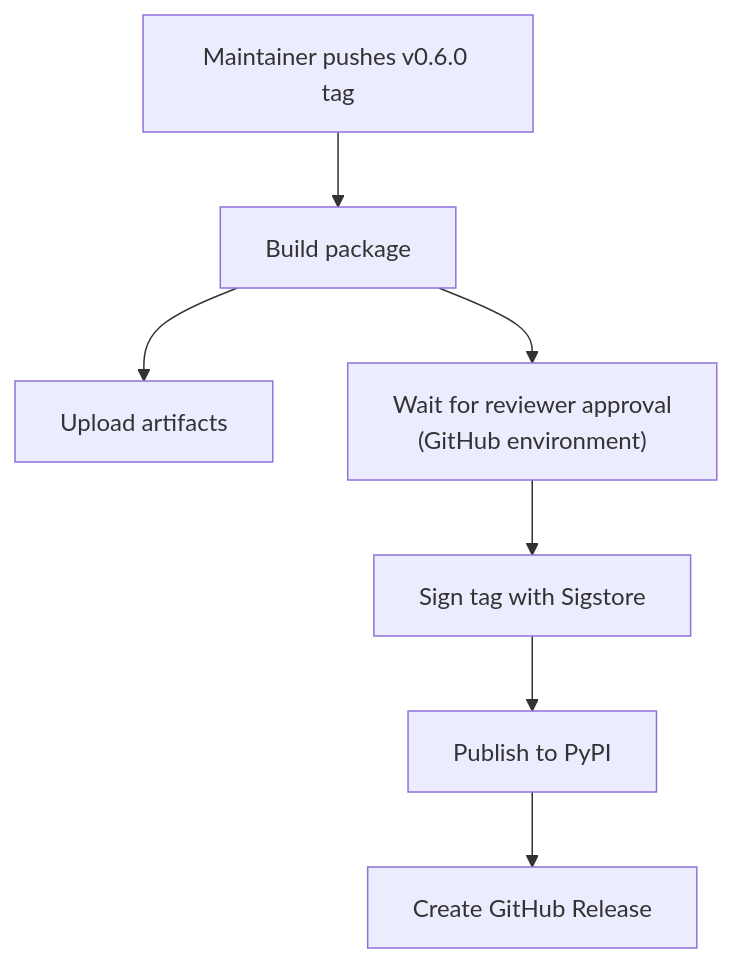
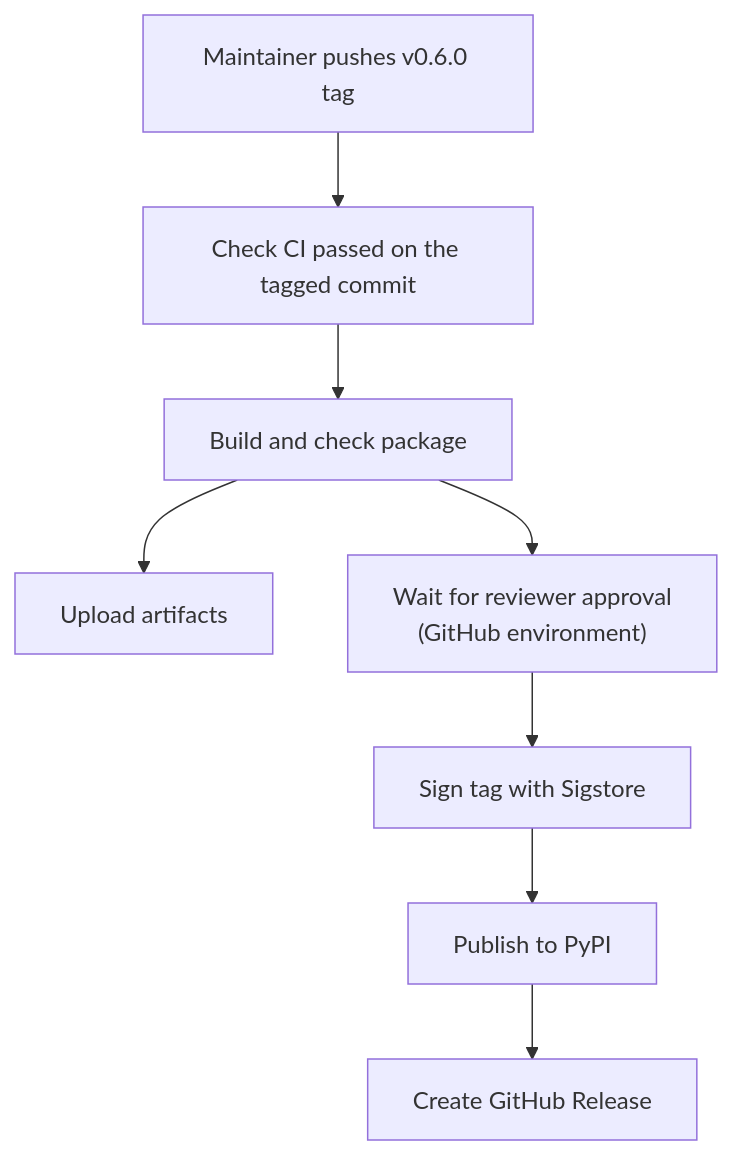
One commit to shakenfist/development changed the diagram in docs/release-automation.md. Above: the diagram before and after it, drawn with Mermaid. The commit also changed other lines of this file and 3 other files, not shown here.

````diff
--- a/docs/release-automation.md
+++ b/docs/release-automation.md
@@ -51,17 +57,19 @@
 ```mermaid
 flowchart TB
     tag["Maintainer pushes v0.6.0 tag"]
-    build["Build package"]
+    gate["Check CI passed on the tagged commit"]
+    build["Build and check package"]
     artifacts["Upload artifacts"]
     approve["Wait for reviewer approval<br/>(GitHub environment)"]
     sign["Sign tag with Sigstore"]
     pypi["Publish to PyPI"]
     release["Create GitHub Release"]
 
-    tag --> build
+    tag --> gate
+    gate --> build
     build --> artifacts
     build --> approve
     approve --> sign
     sign --> pypi
     pypi --> release
 ```
````
